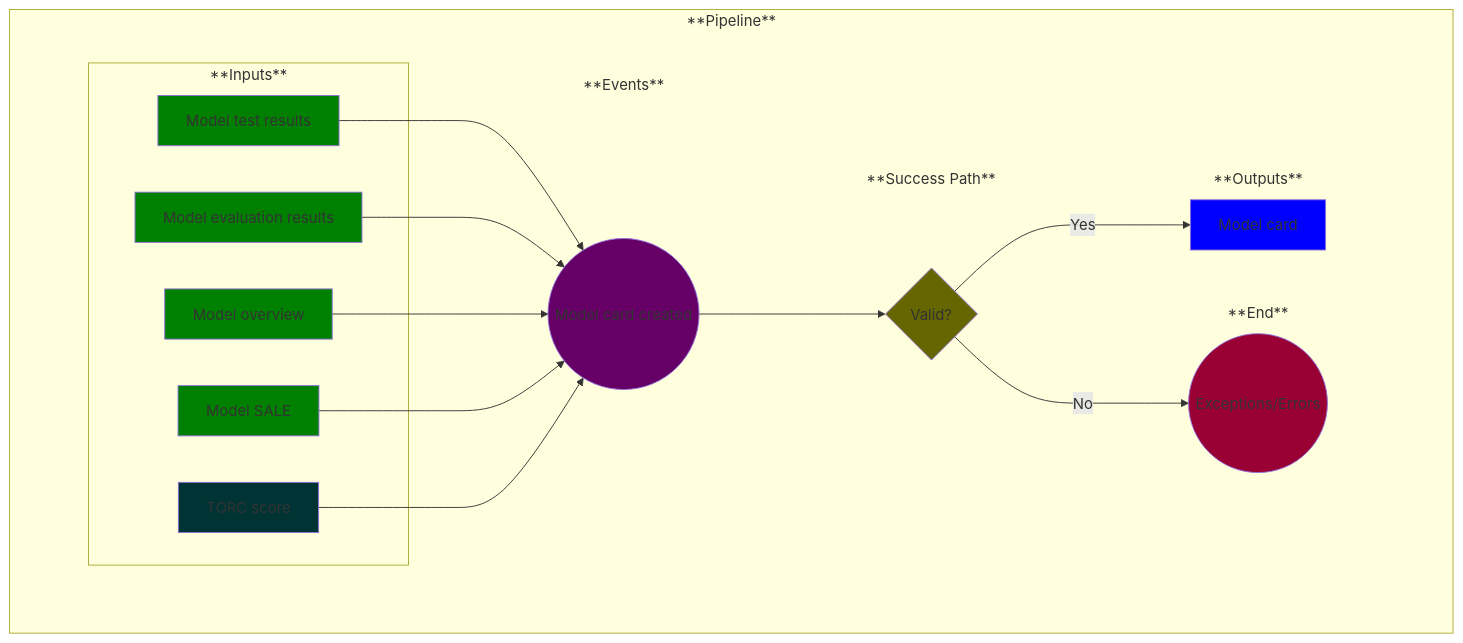
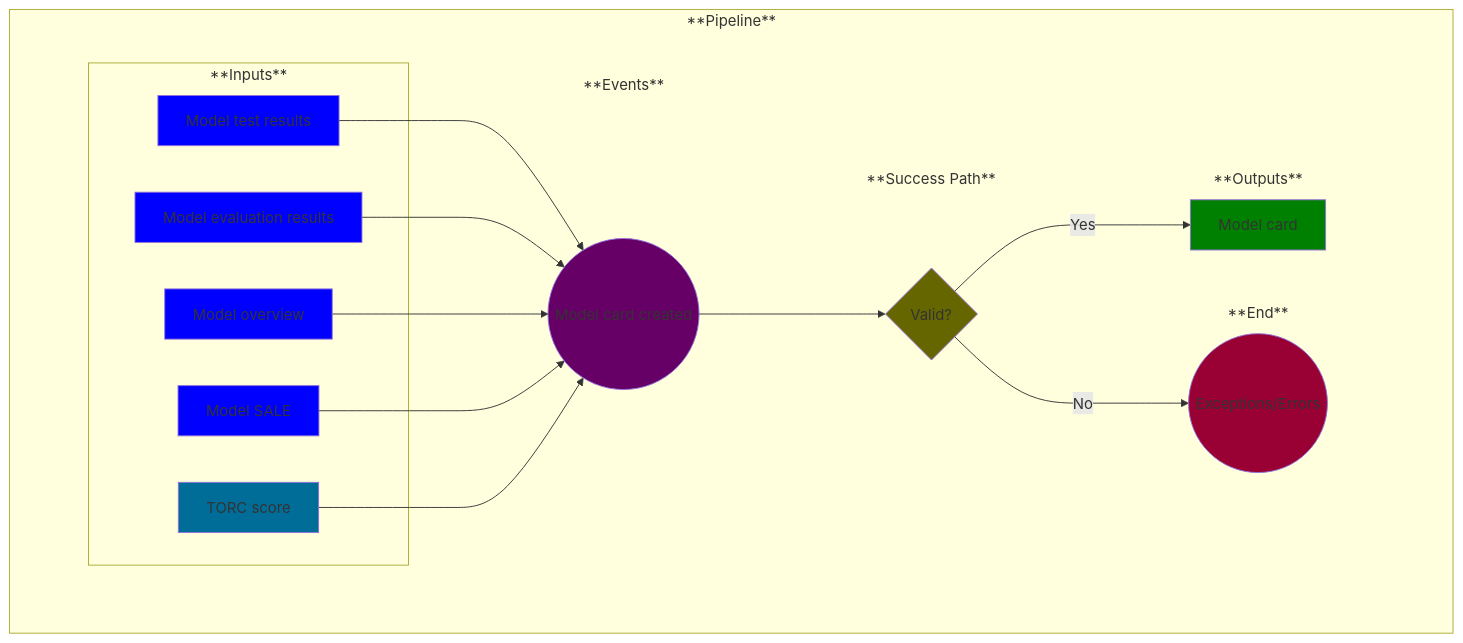
Before and after one commit to MLOps-OpenAPI/arch-diagrams: the diagram in use-cases/15-model-card-created.md, drawn with Mermaid. The commit also changed 9 other files, not shown here.

```diff
--- a/use-cases/15-model-card-created.md
+++ b/use-cases/15-model-card-created.md
@@ -74,19 +74,19 @@
     %% Note: You could have done this above, but I find this to be cleaner and easier to manage
 
     A1[Model test results]
-    style A1 fill:green
+    style A1 fill:blue
 
     A2[Model evaluation results]
-    style A2 fill:green
+    style A2 fill:blue
 
     A3[Model overview]
-    style A3 fill:green
+    style A3 fill:blue
 
     A4[Model SALE]
-    style A4 fill:green
+    style A4 fill:blue
 
     A5[TORC score]
-    style A5 fill:#003333
+    style A5 fill:#006d99
 
     B((Model card created))
     style B fill:#660066
@@ -98,7 +98,7 @@
     style D fill:#990033
 
     E[Model card]
-    style E fill:blue
+    style E fill:green
 
     %% Remove unnecessary box outlines
     style invisibleSpace stroke-width:0
```
